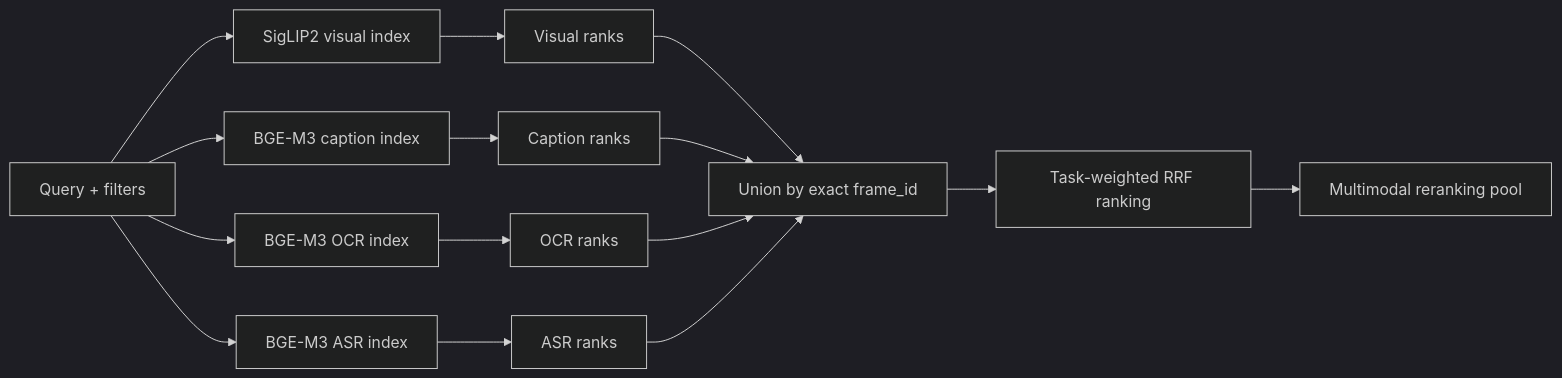
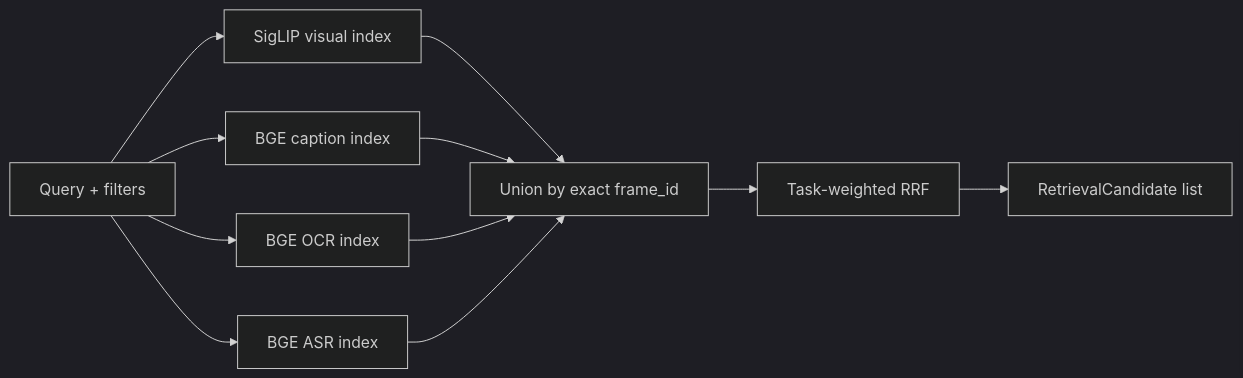
Before and after one commit to khang1108/MLeCDanBGold: the diagram in src/hcmai/retriever/README.md, drawn with Mermaid (dark theme). The commit also changed other lines of this file and 149 other files, not shown here.

Commit message:
refactor: introduce service pipeline architecture

````diff
--- a/src/hcmai/retriever/README.md
+++ b/src/hcmai/retriever/README.md
@@ -132,22 +69,14 @@
 ```mermaid
 flowchart LR
     Q["Query + filters"]
-
-    Q --> V["SigLIP2 visual index"]
-    Q --> C["BGE-M3 caption index"]
-    Q --> O["BGE-M3 OCR index"]
-    Q --> A["BGE-M3 ASR index"]
-
-    V --> VR["Visual ranks"]
-    C --> CR["Caption ranks"]
-    O --> OR["OCR ranks"]
-    A --> AR["ASR ranks"]
-
-    VR --> U["Union by exact frame_id"]
-    CR --> U
-    OR --> U
-    AR --> U
-
-    U --> F["Task-weighted RRF ranking"]
-    F --> R["Multimodal reranking pool"]
+    Q --> V["SigLIP visual index"]
+    Q --> C["BGE caption index"]
+    Q --> O["BGE OCR index"]
+    Q --> A["BGE ASR index"]
+    V --> U["Union by exact frame_id"]
+    C --> U
+    O --> U
+    A --> U
+    U --> F["Task-weighted RRF"]
+    F --> R["RetrievalCandidate list"]
 ```
````
